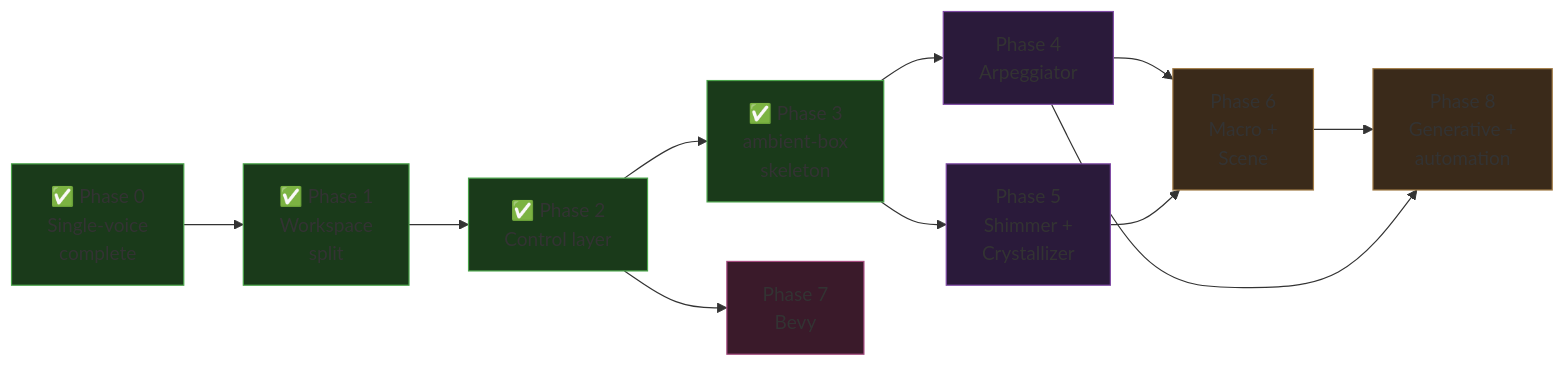
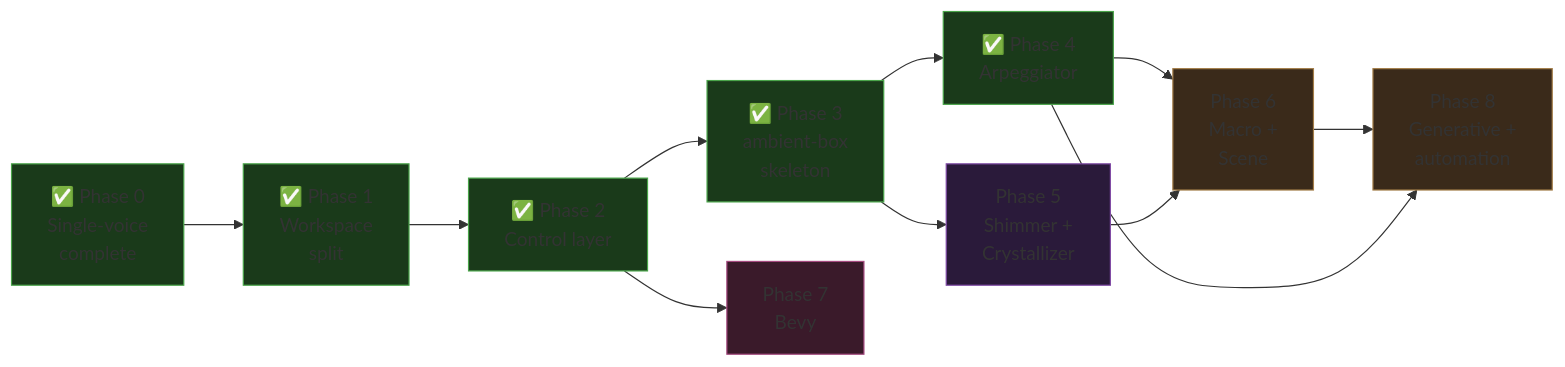
One commit to Ven7u/the_synth changed diagram 14 of 16 in doc/ambient-architecture-proposal.md. Above: the diagram before and after it, drawn with Mermaid. The commit also changed other lines of this file and 1 other file, not shown here.

````diff
--- a/doc/ambient-architecture-proposal.md
+++ b/doc/ambient-architecture-proposal.md
@@ -1029,29 +1029,29 @@
 ```mermaid
 graph LR
     P0["✅ Phase 0\nSingle-voice\ncomplete"]
     P1["✅ Phase 1\nWorkspace\nsplit"]
     P2["✅ Phase 2\nControl layer"]
     P3["✅ Phase 3\nambient-box\nskeleton"]
-    P4["Phase 4\nArpeggiator"]
+    P4["✅ Phase 4\nArpeggiator"]
     P5["Phase 5\nShimmer +\nCrystallizer"]
     P6["Phase 6\nMacro +\nScene"]
     P7["Phase 7\nBevy"]
     P8["Phase 8\nGenerative +\nautomation"]
 
     P0 --> P1 --> P2 --> P3
     P3 --> P4 & P5
     P4 & P5 --> P6
     P2 --> P7
     P6 --> P8
     P4 --> P8
 
     style P0 fill:#1a3a1a,stroke:#4aa54a
     style P1 fill:#1a3a1a,stroke:#4aa54a
     style P2 fill:#1a3a1a,stroke:#4aa54a
     style P3 fill:#1a3a1a,stroke:#4aa54a
-    style P4 fill:#2a1a3a,stroke:#7f4aa5
+    style P4 fill:#1a3a1a,stroke:#4aa54a
     style P5 fill:#2a1a3a,stroke:#7f4aa5
     style P6 fill:#3a2a1a,stroke:#a57f4a
     style P7 fill:#3a1a2a,stroke:#a54a7f
     style P8 fill:#3a2a1a,stroke:#a57f4a
 ```
````
